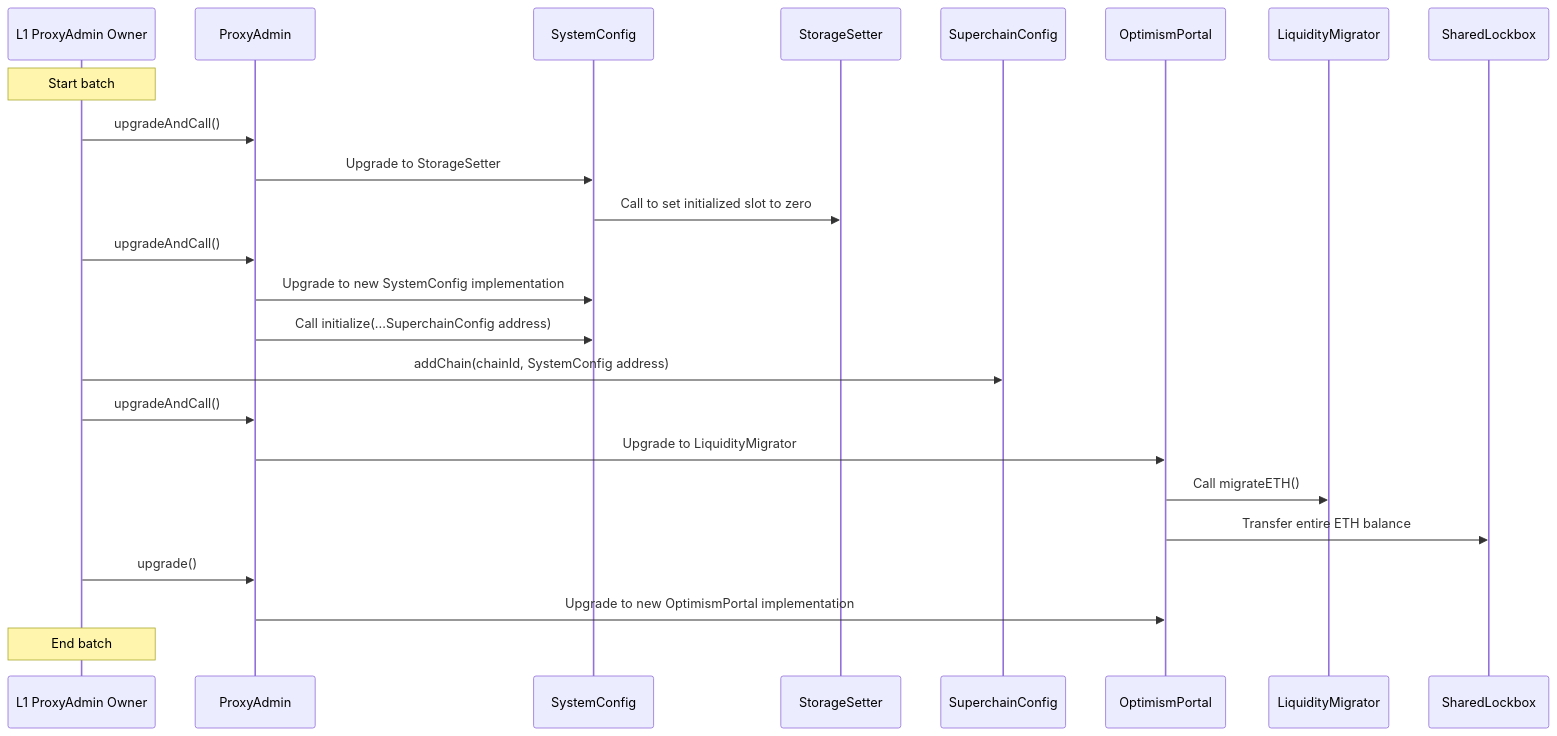
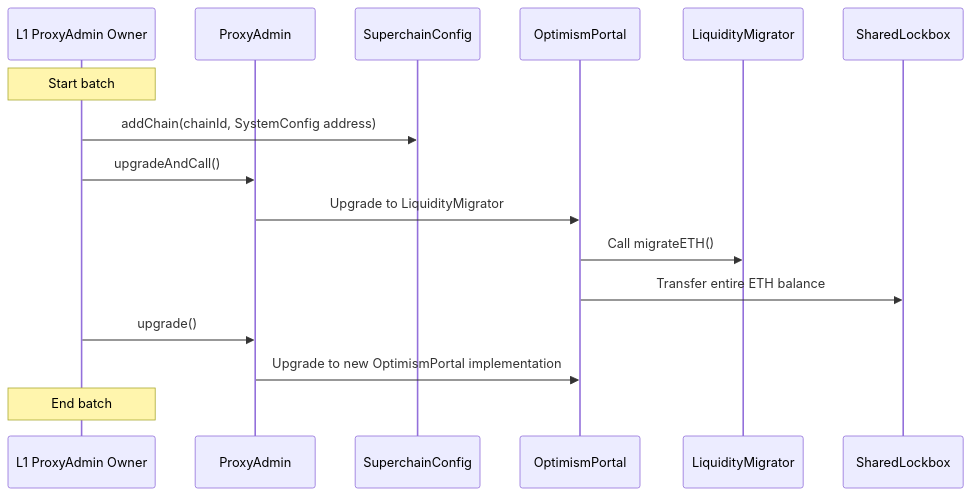
Before and after one commit to defi-wonderland/specs: the diagram in specs/interop/shared-lockbox-upgrade.md, drawn with Mermaid. The commit also changed other lines of this file and 1 other file, not shown here.

````diff
--- a/specs/interop/shared-lockbox-upgrade.md
+++ b/specs/interop/shared-lockbox-upgrade.md
@@ -93,38 +77,26 @@
 ```mermaid
 sequenceDiagram
     participant L1PAO as L1 ProxyAdmin Owner
     participant ProxyAdmin as ProxyAdmin
-    participant SystemConfigProxy as SystemConfig
-    participant StorageSetter
     participant SuperchainConfig
     participant OptimismPortalProxy as OptimismPortal
     participant LiquidityMigrator
     participant SharedLockbox
 
     Note over L1PAO: Start batch
 
-    %% Step 1: Upgrade SystemConfig to StorageSetter to zero out initialized slot
-    L1PAO->>ProxyAdmin: upgradeAndCall()
-    ProxyAdmin->>SystemConfigProxy: Upgrade to StorageSetter
-    SystemConfigProxy->>StorageSetter: Call to set initialized slot to zero
-
-    %% Step 2: Upgrade SystemConfig and initialize with SuperchainConfig
-    L1PAO->>ProxyAdmin: upgradeAndCall()
-    ProxyAdmin->>SystemConfigProxy: Upgrade to new SystemConfig implementation
-    ProxyAdmin->>SystemConfigProxy: Call initialize(...SuperchainConfig address)
-
-    %% Step 3: Add chain to SuperchainConfig
+    %% Step 1: Add chain to SuperchainConfig
     L1PAO->>SuperchainConfig: addChain(chainId, SystemConfig address)
 
-    %% Step 4: Upgrade OptimismPortal to intermediate implementation that transfers ETH
+    %% Step 2: Upgrade OptimismPortal to intermediate implementation that transfers ETH
     L1PAO->>ProxyAdmin: upgradeAndCall()
     ProxyAdmin->>OptimismPortalProxy: Upgrade to LiquidityMigrator
     OptimismPortalProxy->>LiquidityMigrator: Call migrateETH()
     OptimismPortalProxy->>SharedLockbox: Transfer entire ETH balance
 
-    %% Step 5: Upgrade OptimismPortal to final implementation
+    %% Step 3: Upgrade OptimismPortal to final implementation
     L1PAO->>ProxyAdmin: upgrade()
     ProxyAdmin->>OptimismPortalProxy: Upgrade to new OptimismPortal implementation
 
     Note over L1PAO: End batch
 ```
````
